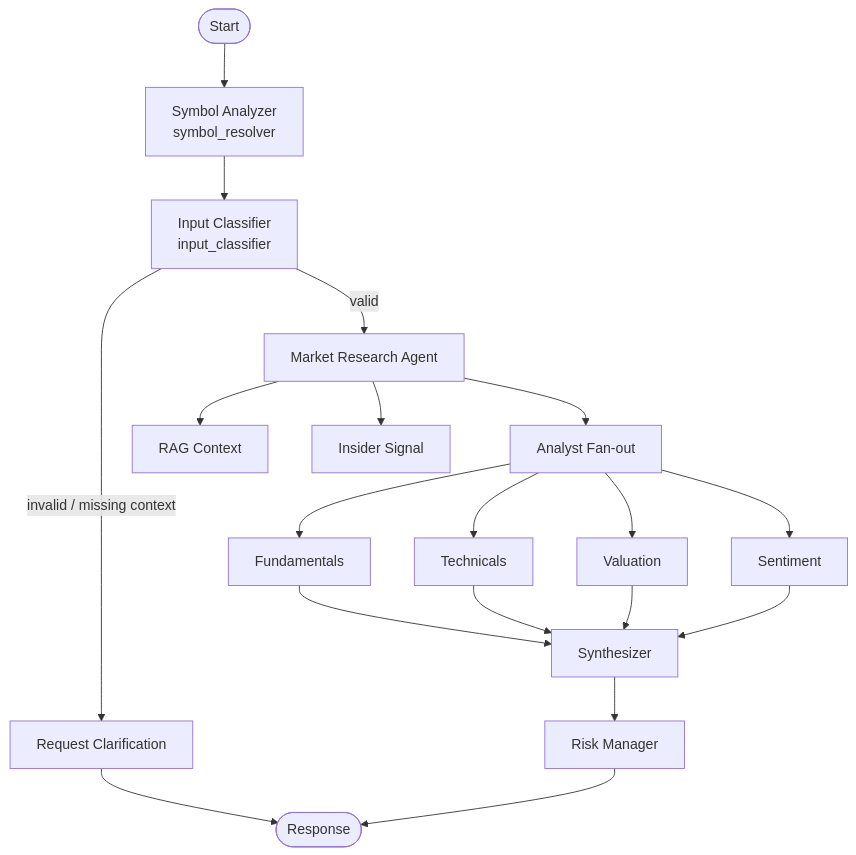
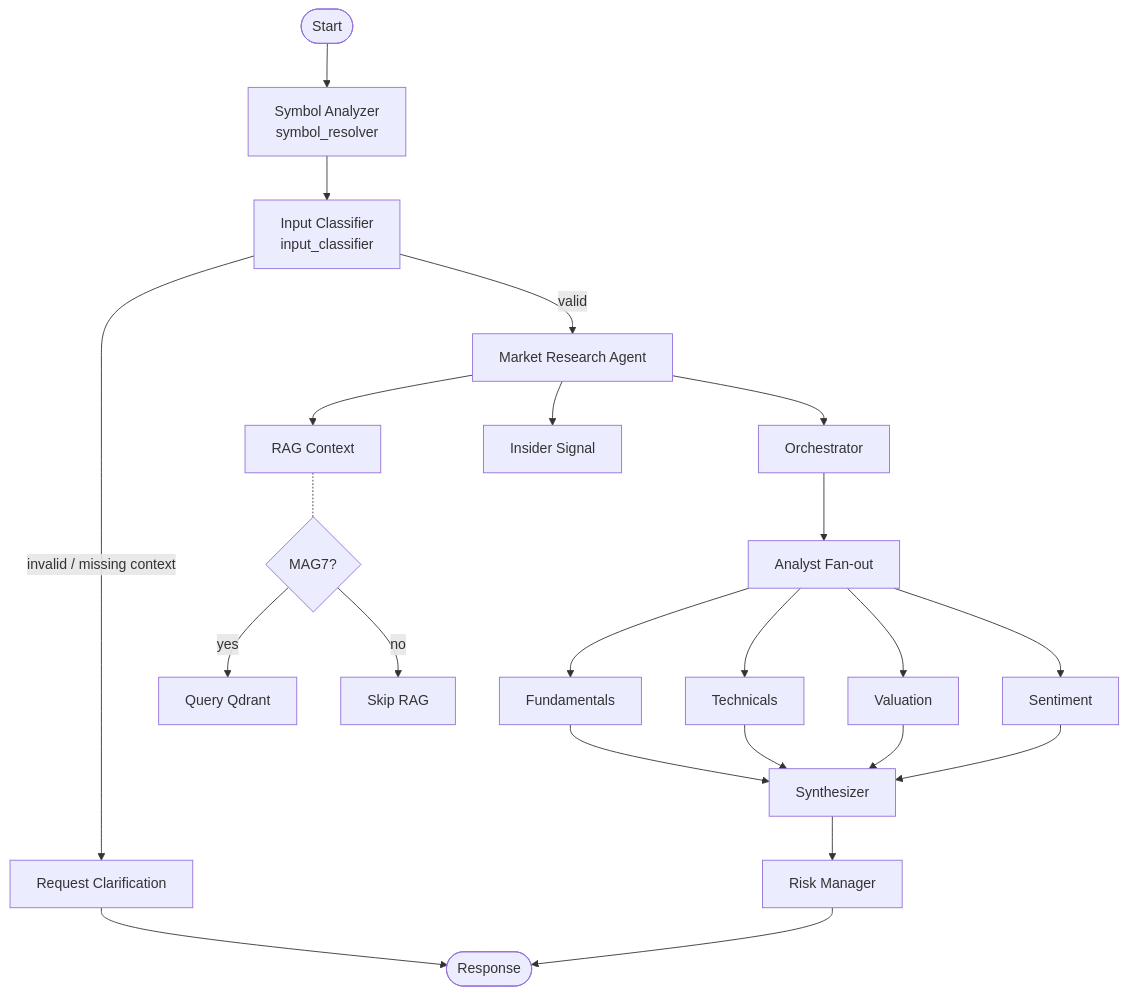
One commit to nadzic/agentic-hedge-fund changed the diagram in README.md. Above: the diagram before and after it, drawn with Mermaid. The commit also changed other lines of this file, not shown here.

````diff
--- a/README.md
+++ b/README.md
@@ -73,24 +76,28 @@
 ```mermaid
 flowchart TD
     A([Start]) --> B[Symbol Analyzer<br/>symbol_resolver]
     B --> C[Input Classifier<br/>input_classifier]
     C -->|invalid / missing context| D[Request Clarification]
     D --> E([Response])
 
     C -->|valid| F[Market Research Agent]
     F --> F1[RAG Context]
+    F1 -.- F1a{MAG7?}
+    F1a -->|yes| F1b[Query Qdrant]
+    F1a -->|no| F1c[Skip RAG]
     F --> F2[Insider Signal]
 
-    F --> G[Analyst Fan-out]
-    G --> G1[Fundamentals]
-    G --> G2[Technicals]
-    G --> G3[Valuation]
-    G --> G4[Sentiment]
+    F --> G[Orchestrator]
+    G --> H[Analyst Fan-out]
+    H --> H1[Fundamentals]
+    H --> H2[Technicals]
+    H --> H3[Valuation]
+    H --> H4[Sentiment]
 
-    G1 --> H[Synthesizer]
-    G2 --> H
-    G3 --> H
-    G4 --> H
-    H --> I[Risk Manager]
-    I --> E
+    H1 --> I[Synthesizer]
+    H2 --> I
+    H3 --> I
+    H4 --> I
+    I --> J[Risk Manager]
+    J --> E
 ```
````
